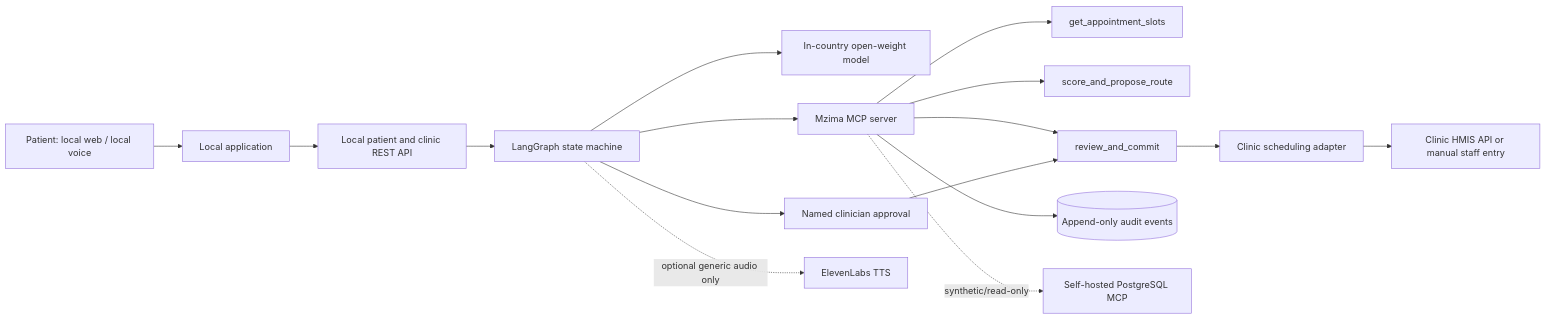
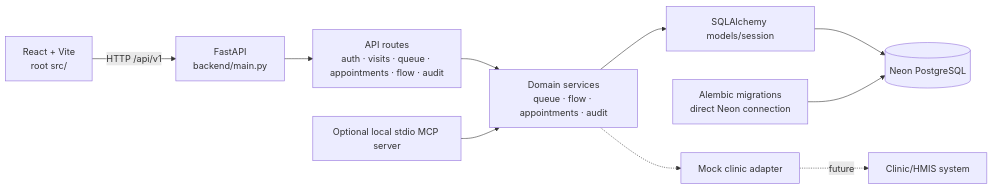
Before and after one commit to Pulse-codez/mzima: the first of 3 diagrams in docs/ARCHITECTURE.md, drawn with Mermaid. The commit also changed other lines of this file and 40 other files, not shown here.

````diff
--- a/docs/ARCHITECTURE.md
+++ b/docs/ARCHITECTURE.md
@@ -5,18 +7,12 @@
 ```mermaid
 flowchart LR
-  P[Patient: local web / local voice] --> APP[Local application]
-  APP --> API[Local patient and clinic REST API]
-  API --> ORCH[LangGraph state machine]
-  ORCH --> MODEL[In-country open-weight model]
-  ORCH --> MCP[Mzima MCP server]
-  MCP --> SLOTS[get_appointment_slots]
-  MCP --> PROPOSE[score_and_propose_route]
-  MCP --> COMMIT[review_and_commit]
-  ORCH --> REVIEW[Named clinician approval]
-  REVIEW --> COMMIT
-  COMMIT --> ADAPTER[Clinic scheduling adapter]
-  ADAPTER --> HIS[Clinic HMIS API or manual staff entry]
-  MCP --> AUDIT[(Append-only audit events)]
-  ORCH -. optional generic audio only .-> TTS[ElevenLabs TTS]
-  MCP -. synthetic/read-only .-> BORROWED[Self-hosted PostgreSQL MCP]
+    Browser[React + Vite<br/>root src/] -->|HTTP /api/v1| API[FastAPI<br/>backend/main.py]
+    API --> Routes[API routes<br/>auth · visits · queue · appointments · flow · audit]
+    Routes --> Services[Domain services<br/>queue · flow · appointments · audit]
+    Services --> ORM[SQLAlchemy models/session]
+    ORM --> Neon[(Neon PostgreSQL)]
+    Migrations[Alembic migrations<br/>direct Neon connection] --> Neon
+    MCP[Optional local stdio MCP server] --> Services
+    Services -.-> Adapter[Mock clinic adapter]
+    Adapter -. future .-> HMIS[Clinic/HMIS system]
 ```
````
